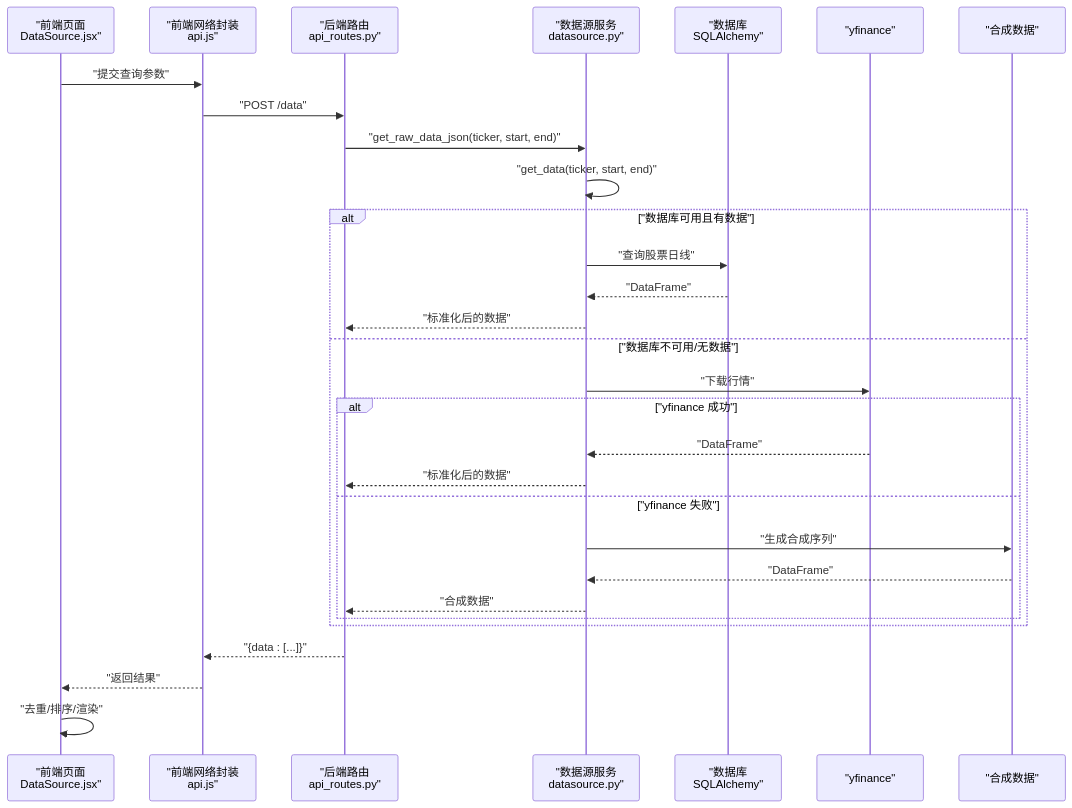
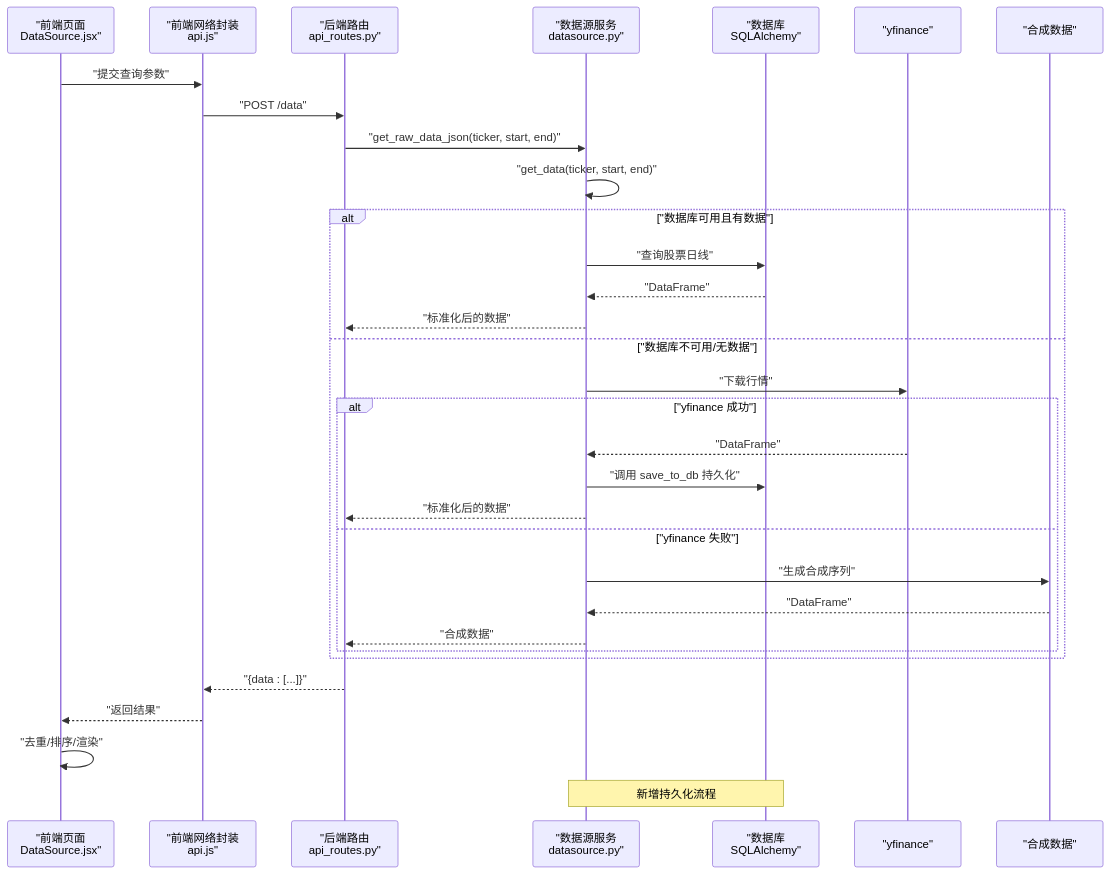
Before and after one commit to faryhuo/backtrader: the second of 7 diagrams in .qoder/repowiki/zh/content/后端架构/数据模型/数据访问服务/数据源服务.md, drawn with Mermaid. The commit also changed other lines of this file and 23 other files, not shown here.

````diff
--- a/.qoder/repowiki/zh/content/后端架构/数据模型/数据访问服务/数据源服务.md
+++ b/.qoder/repowiki/zh/content/后端架构/数据模型/数据访问服务/数据源服务.md
@@ -93,32 +103,34 @@
 ```mermaid
 sequenceDiagram
 participant FE as "前端页面<br/>DataSource.jsx"
 participant API as "前端网络封装<br/>api.js"
 participant ROUTER as "后端路由<br/>api_routes.py"
 participant DS as "数据源服务<br/>datasource.py"
 participant DB as "数据库<br/>SQLAlchemy"
 participant YF as "yfinance"
 participant SYN as "合成数据"
 FE->>API : "提交查询参数"
 API->>ROUTER : "POST /data"
 ROUTER->>DS : "get_raw_data_json(ticker, start, end)"
 DS->>DS : "get_data(ticker, start, end)"
 alt "数据库可用且有数据"
 DS->>DB : "查询股票日线"
 DB-->>DS : "DataFrame"
 DS-->>ROUTER : "标准化后的数据"
 else "数据库不可用/无数据"
 DS->>YF : "下载行情"
 alt "yfinance 成功"
 YF-->>DS : "DataFrame"
+DS->>DB : "调用 save_to_db 持久化"
 DS-->>ROUTER : "标准化后的数据"
 else "yfinance 失败"
 DS->>SYN : "生成合成序列"
 SYN-->>DS : "DataFrame"
 DS-->>ROUTER : "合成数据"
 end
 end
 ROUTER-->>API : "{data : [...]}"
 API-->>FE : "返回结果"
 FE->>FE : "去重/排序/渲染"
+Note over DS,DB : 新增持久化流程
 ```
````
